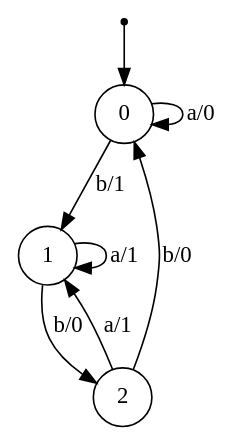
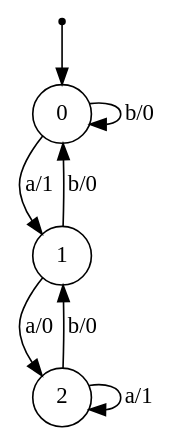
One commit to gaellinkeu/RNN-for-Mealy-Machines changed the diagram in FSMs_visuals/fsm1.dot. Above: the diagram before and after it, drawn with Graphviz. The commit also changed 369 other files, not shown here.

```diff
--- a/FSMs_visuals/fsm1.dot
+++ b/FSMs_visuals/fsm1.dot
@@ -1,19 +1,19 @@
 digraph fsm{
 	s_0 [label="0" shape="circle"]
 	s_1 [label="1" shape="circle"]
 	s_2 [label="2" shape="circle"]
 	qi [shape = point]
 	qi -> s_0
 	
-	s_0 -> s_1 [label="b/1"]
+	s_1 -> s_0 [label="b/0"]
 	
-	s_0 -> s_0 [label="a/0"]
+	s_0 -> s_0 [label="b/0"]
 	
-	s_1 -> s_1 [label="a/1"]
+	s_0 -> s_1 [label="a/1"]
 	
-	s_1 -> s_2 [label="b/0"]
+	s_2 -> s_1 [label="b/0"]
 	
-	s_2 -> s_0 [label="b/0"]
+	s_2 -> s_2 [label="a/1"]
 	
-	s_2 -> s_1 [label="a/1"]
+	s_1 -> s_2 [label="a/0"]
 }
```
